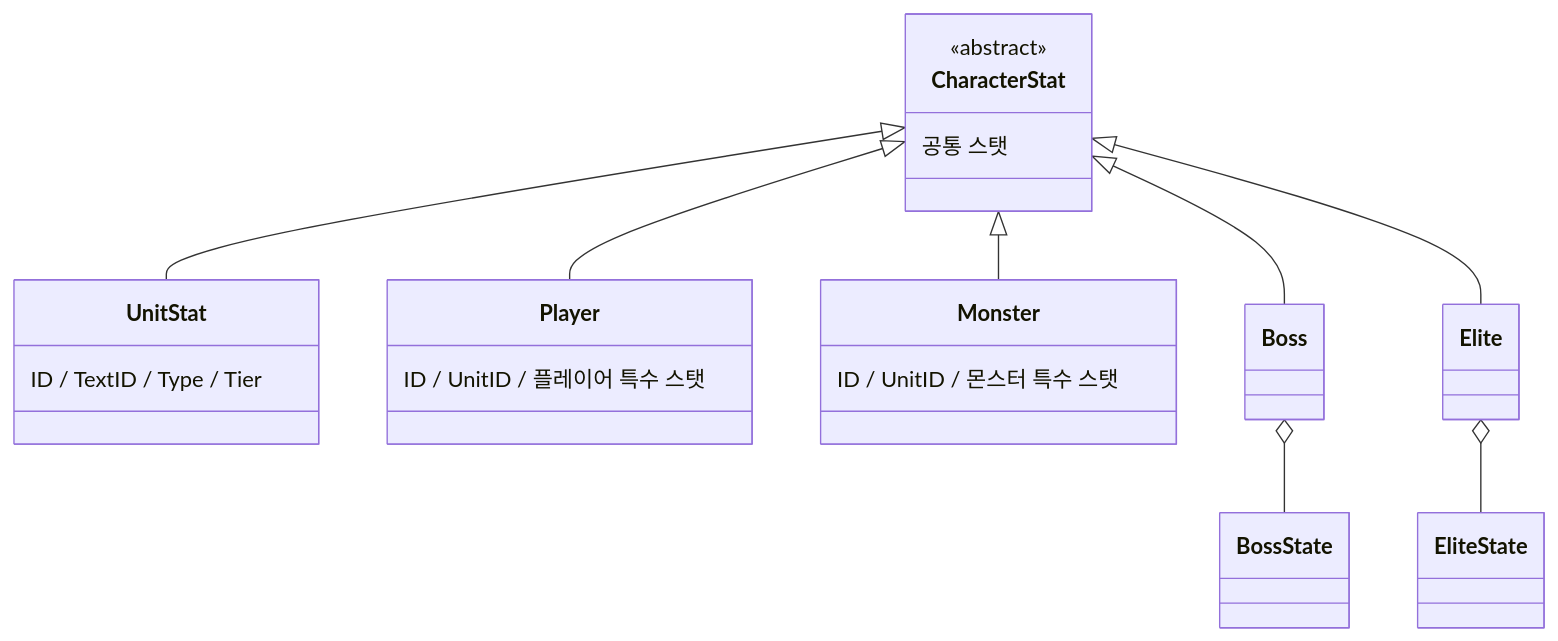
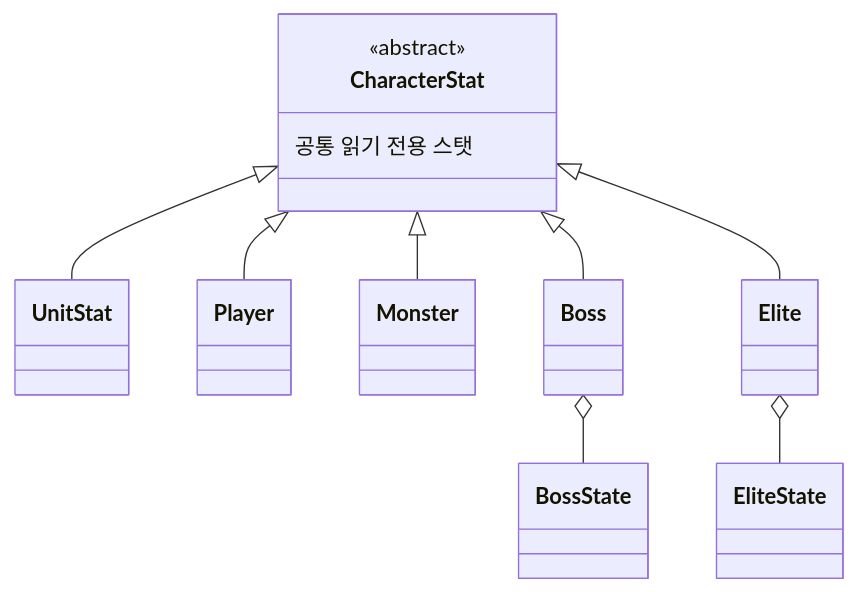
One commit to hyunho9228-web/DataSheet changed the fourth of 5 diagrams in README.md. Above: the diagram before and after it, drawn with Mermaid. The commit also changed other lines of this file and 14 other files, not shown here.

````diff
--- a/README.md
+++ b/README.md
@@ -95,23 +116,14 @@
 ```mermaid
 classDiagram
     CharacterStat <|-- UnitStat
     CharacterStat <|-- Player
     CharacterStat <|-- Monster
     CharacterStat <|-- Boss
     CharacterStat <|-- Elite
     Boss o-- BossState
     Elite o-- EliteState
     class CharacterStat {
         <<abstract>>
-        공통 스탯
-    }
-    class UnitStat {
-        ID / TextID / Type / Tier
-    }
-    class Player {
-        ID / UnitID / 플레이어 특수 스탯
-    }
-    class Monster {
-        ID / UnitID / 몬스터 특수 스탯
+        공통 읽기 전용 스탯
     }
 ```
````
